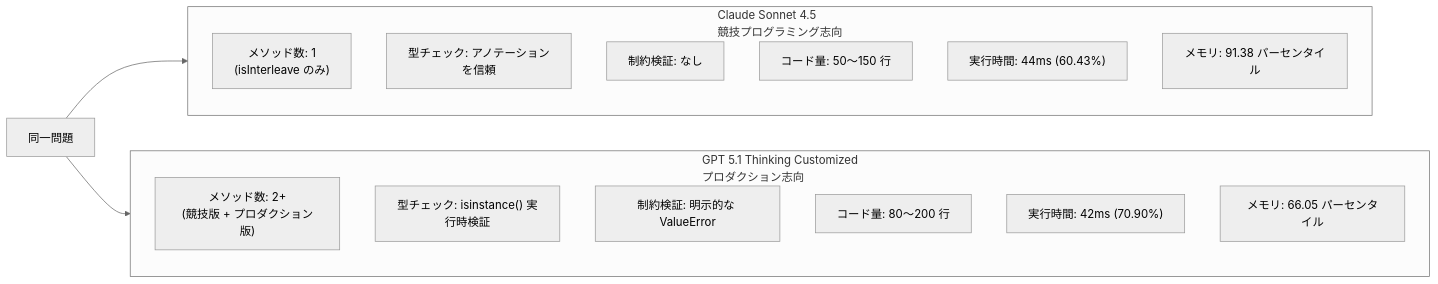
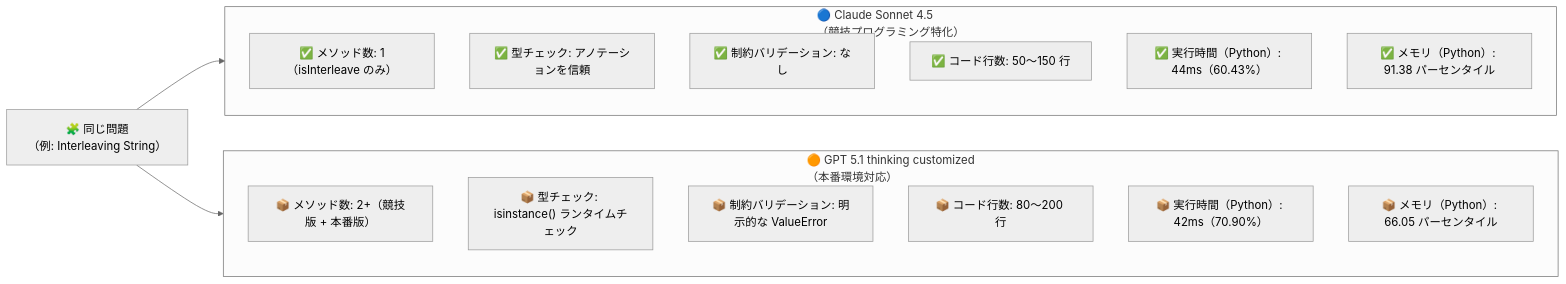
Before and after one commit to myoshi2891/Algorithm-DataStructures-Math-SQL: the third of 8 diagrams in README.md, drawn with Mermaid (neutral theme). The commit also changed other lines of this file, not shown here.

````diff
--- a/README.md
+++ b/README.md
@@ -151,23 +110,24 @@
 ```mermaid
 graph LR
-    subgraph CLAUDE["Claude Sonnet 4.5<br>競技プログラミング志向"]
-        C1["メソッド数: 1<br>(isInterleave のみ)"]
-        C2["型チェック: アノテーションを信頼"]
-        C3["制約検証: なし"]
-        C4["コード量: 50〜150 行"]
-        C5["実行時間: 44ms (60.43%)"]
-        C6["メモリ: 91.38 パーセンタイル"]
+    subgraph CLAUDE_BOX["🔵 Claude Sonnet 4.5<br>（競技プログラミング特化）"]
+        C1["✅ メソッド数: 1（isInterleave のみ）"]
+        C2["✅ 型チェック: アノテーションを信頼"]
+        C3["✅ 制約バリデーション: なし"]
+        C4["✅ コード行数: 50〜150 行"]
+        C5["✅ 実行時間（Python）: 44ms（60.43%）"]
+        C6["✅ メモリ（Python）: 91.38 パーセンタイル"]
     end
 
-    subgraph GPT["GPT 5.1 Thinking Customized<br>プロダクション志向"]
-        G1["メソッド数: 2+<br>(競技版 + プロダクション版)"]
-        G2["型チェック: isinstance() 実行時検証"]
-        G3["制約検証: 明示的な ValueError"]
-        G4["コード量: 80〜200 行"]
-        G5["実行時間: 42ms (70.90%)"]
-        G6["メモリ: 66.05 パーセンタイル"]
+    subgraph GPT_BOX["🟠 GPT 5.1 thinking customized<br>（本番環境対応）"]
+        G1["📦 メソッド数: 2+（競技版 + 本番版）"]
+        G2["📦 型チェック: isinstance() ランタイムチェック"]
+        G3["📦 制約バリデーション: 明示的な ValueError"]
+        G4["📦 コード行数: 80〜200 行"]
+        G5["📦 実行時間（Python）: 42ms（70.90%）"]
+        G6["📦 メモリ（Python）: 66.05 パーセンタイル"]
     end
 
-    PROB["同一問題"] --> CLAUDE
-    PROB --> GPT
+    PROBLEM["🧩 同じ問題<br>（例: Interleaving String）"]
+    PROBLEM --> CLAUDE_BOX
+    PROBLEM --> GPT_BOX
 ```
````
